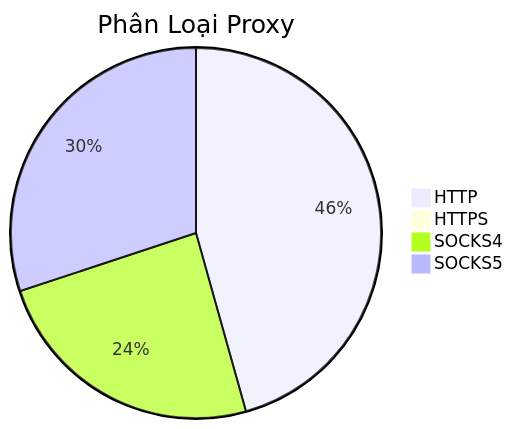
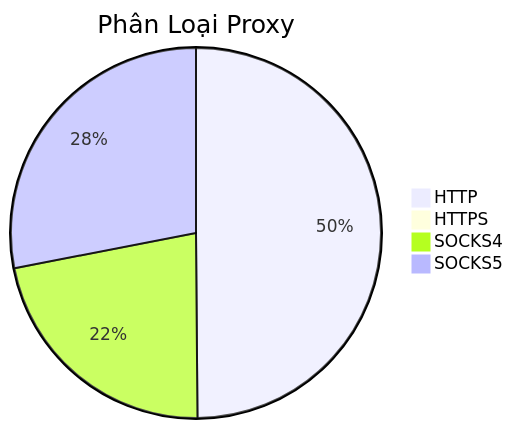
Before and after one commit to Ciara-12/PROXY-free: the diagram in README.md, drawn with Mermaid. The commit also changed other lines of this file and 4 other files, not shown here.

````diff
--- a/README.md
+++ b/README.md
@@ -26,7 +26,7 @@
 ```mermaid
 pie title Phân Loại Proxy
-    "HTTP" : 504
-    "HTTPS" : 0
-    "SOCKS4" : 268
-    "SOCKS5" : 332
+    "HTTP" : 585
+    "HTTPS" : 2
+    "SOCKS4" : 259
+    "SOCKS5" : 329
 ```
````
